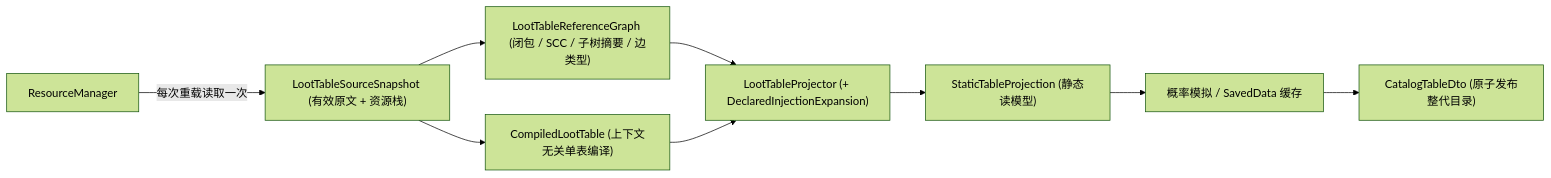
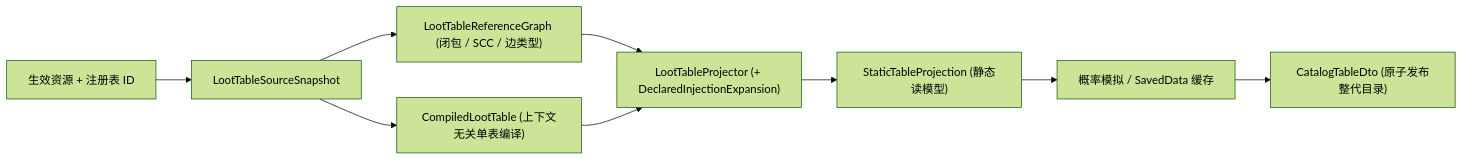
The first of 3 diagrams in docs/dev/subsystems/loottable.md (meteoritel/unsuspicious-block), drawn with Mermaid (forest theme) before and after one commit. The commit also changed other lines of this file and 74 other files, not shown here.

````diff
--- a/docs/dev/subsystems/loottable.md
+++ b/docs/dev/subsystems/loottable.md
@@ -31,11 +31,11 @@
 ```mermaid
 flowchart LR
-    RM["ResourceManager"] -->|"每次重载读取一次"| Snap["LootTableSourceSnapshot (有效原文 + 资源栈)"]
-    Snap --> Graph["LootTableReferenceGraph (闭包 / SCC / 子树摘要 / 边类型)"]
+    RM["生效资源 + 注册表 ID"] --> Snap["LootTableSourceSnapshot"]
+    Snap --> Graph["LootTableReferenceGraph (闭包 / SCC / 边类型)"]
     Snap --> Comp["CompiledLootTable (上下文无关单表编译)"]
     Graph --> Proj["LootTableProjector (+ DeclaredInjectionExpansion)"]
     Comp --> Proj
     Proj --> Static["StaticTableProjection (静态读模型)"]
     Static --> Sim["概率模拟 / SavedData 缓存"]
     Sim --> DTO["CatalogTableDto (原子发布整代目录)"]
 ```
````
